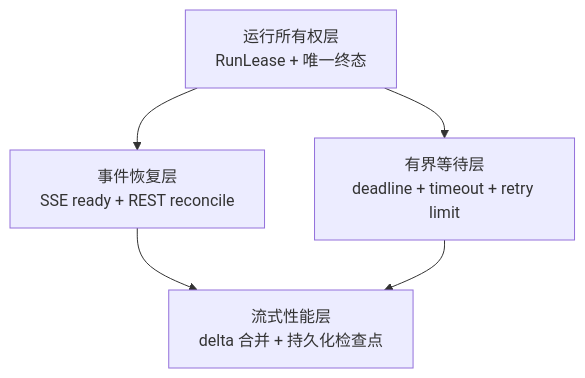
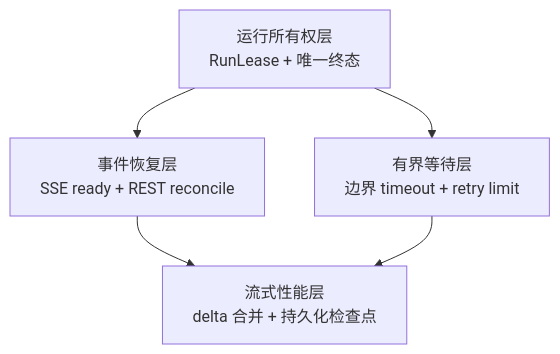
The first of 2 diagrams in docs/superpowers/specs/2026-07-18-agent-runtime-layered-stabilization-design.md (LegendPei/nine1bot), drawn with Mermaid before and after one commit. The commit also changed other lines of this file, not shown here.

````diff
--- a/docs/superpowers/specs/2026-07-18-agent-runtime-layered-stabilization-design.md
+++ b/docs/superpowers/specs/2026-07-18-agent-runtime-layered-stabilization-design.md
@@ -33,12 +33,12 @@
 ```mermaid
 flowchart TB
     Lease["运行所有权层<br/>RunLease + 唯一终态"]
     Event["事件恢复层<br/>SSE ready + REST reconcile"]
-    Bound["有界等待层<br/>deadline + timeout + retry limit"]
+    Bound["有界等待层<br/>边界 timeout + retry limit"]
     Stream["流式性能层<br/>delta 合并 + 持久化检查点"]
 
     Lease --> Event
     Lease --> Bound
     Event --> Stream
     Bound --> Stream
 ```
````
